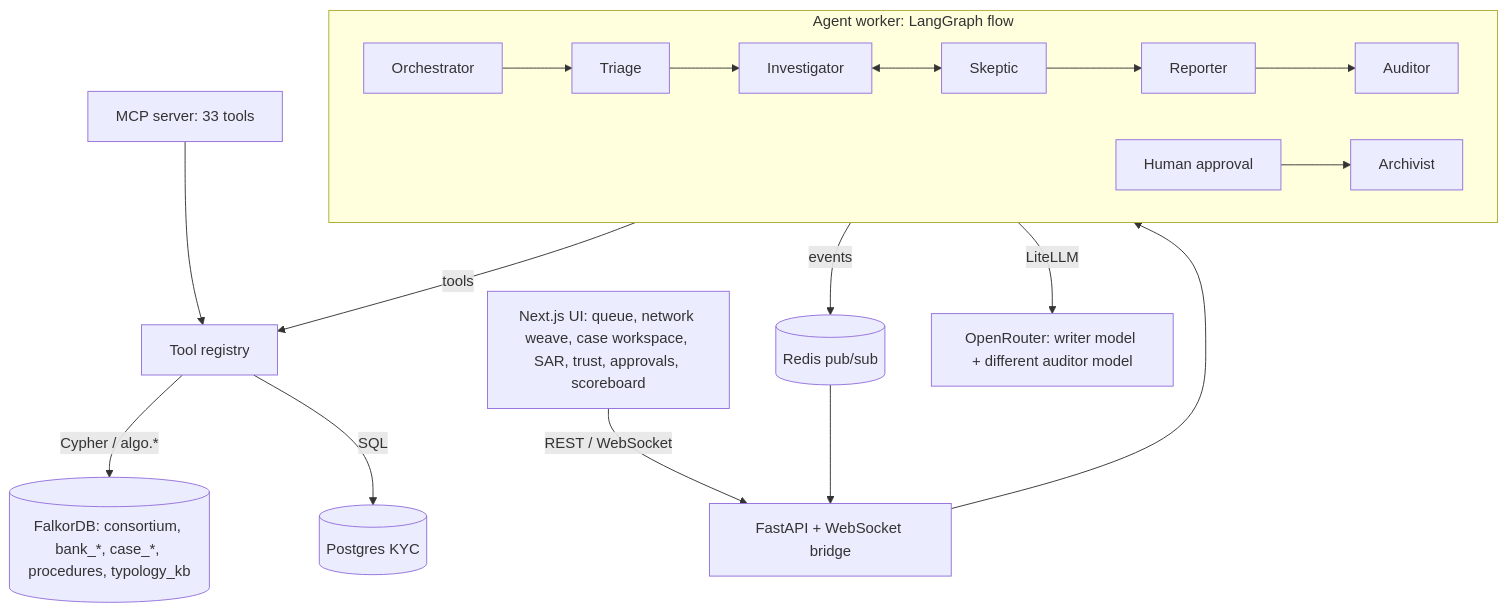
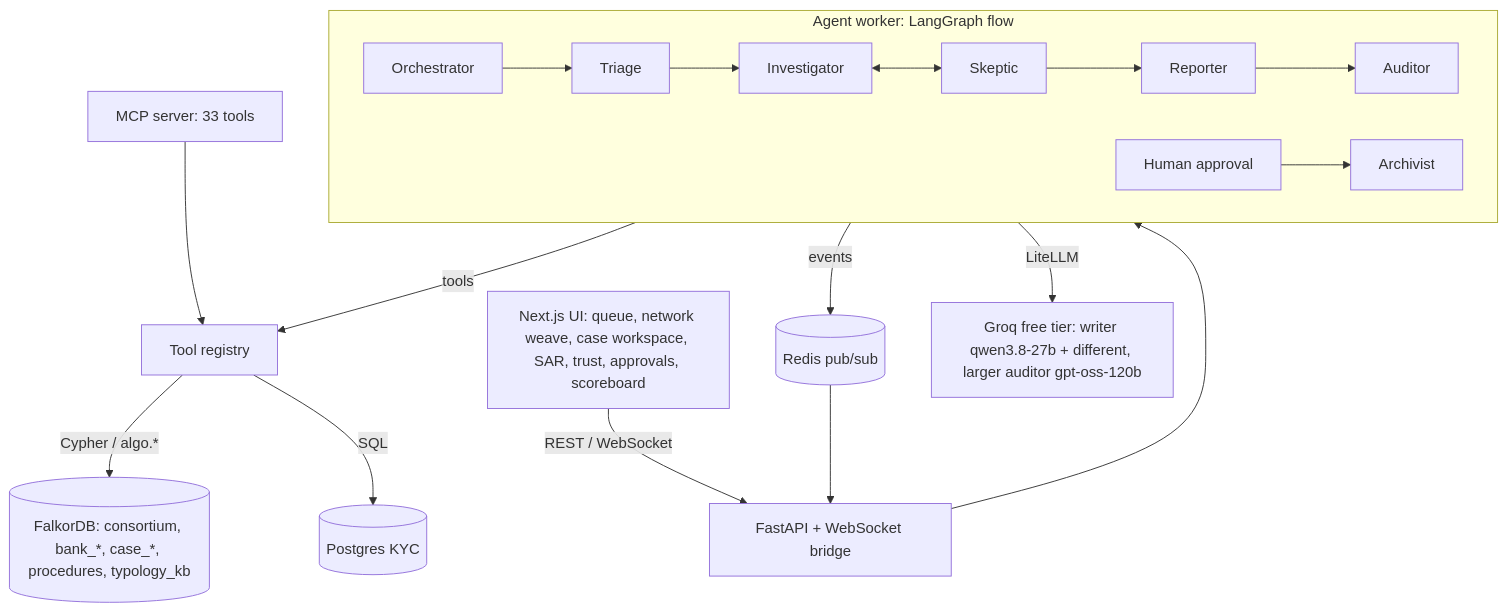
The diagram in README.md (LSUDOKO/BankWeave), drawn with Mermaid before and after one commit. The commit also changed other lines of this file and 7 other files, not shown here.

````diff
--- a/README.md
+++ b/README.md
@@ -100,15 +116,15 @@
 ```mermaid
 flowchart TB
   UI[Next.js UI: queue, network weave, case workspace, SAR, trust, approvals, scoreboard] -- REST / WebSocket --> API
   API[FastAPI + WebSocket bridge] --> W
   subgraph W[Agent worker: LangGraph flow]
     O[Orchestrator] --> T[Triage] --> I[Investigator] <--> S[Skeptic] --> R[Reporter] --> A[Auditor]
     H[Human approval] --> AR[Archivist]
   end
   W -- tools --> TOOLS[Tool registry]
   MCP[MCP server: 33 tools] --> TOOLS
   TOOLS -- Cypher / algo.* --> F[(FalkorDB: consortium, bank_*, case_*, procedures, typology_kb)]
   TOOLS -- SQL --> PG[(Postgres KYC)]
   W -- events --> RD[(Redis pub/sub)] --> API
-  W -- LiteLLM --> LLM[OpenRouter: writer model + different auditor model]
+  W -- LiteLLM --> LLM[Groq free tier: writer qwen3.8-27b + different, larger auditor gpt-oss-120b]
 ```
````
